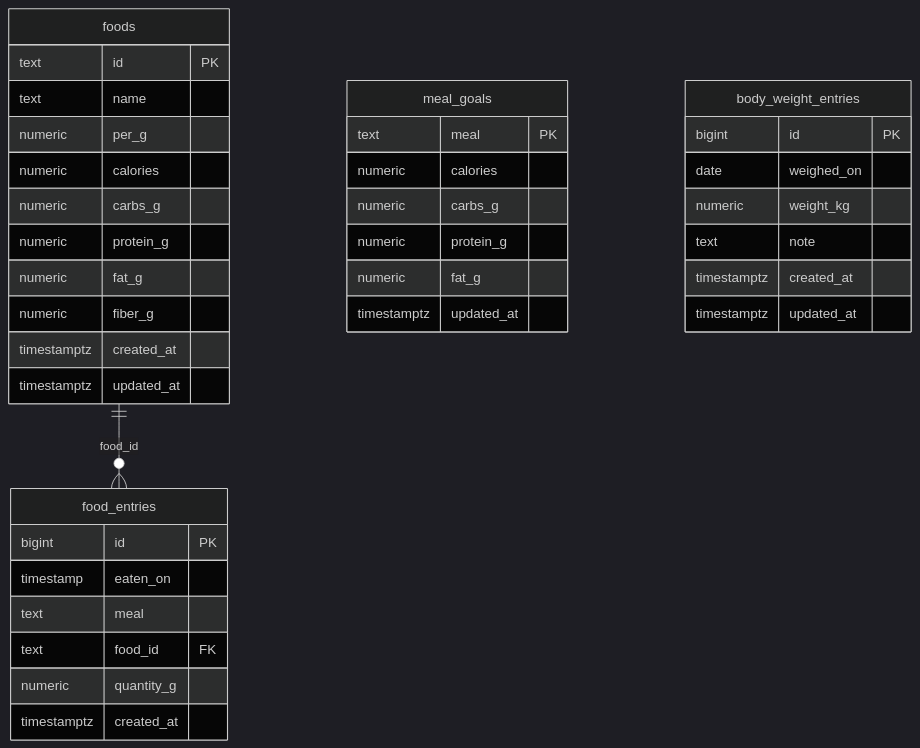
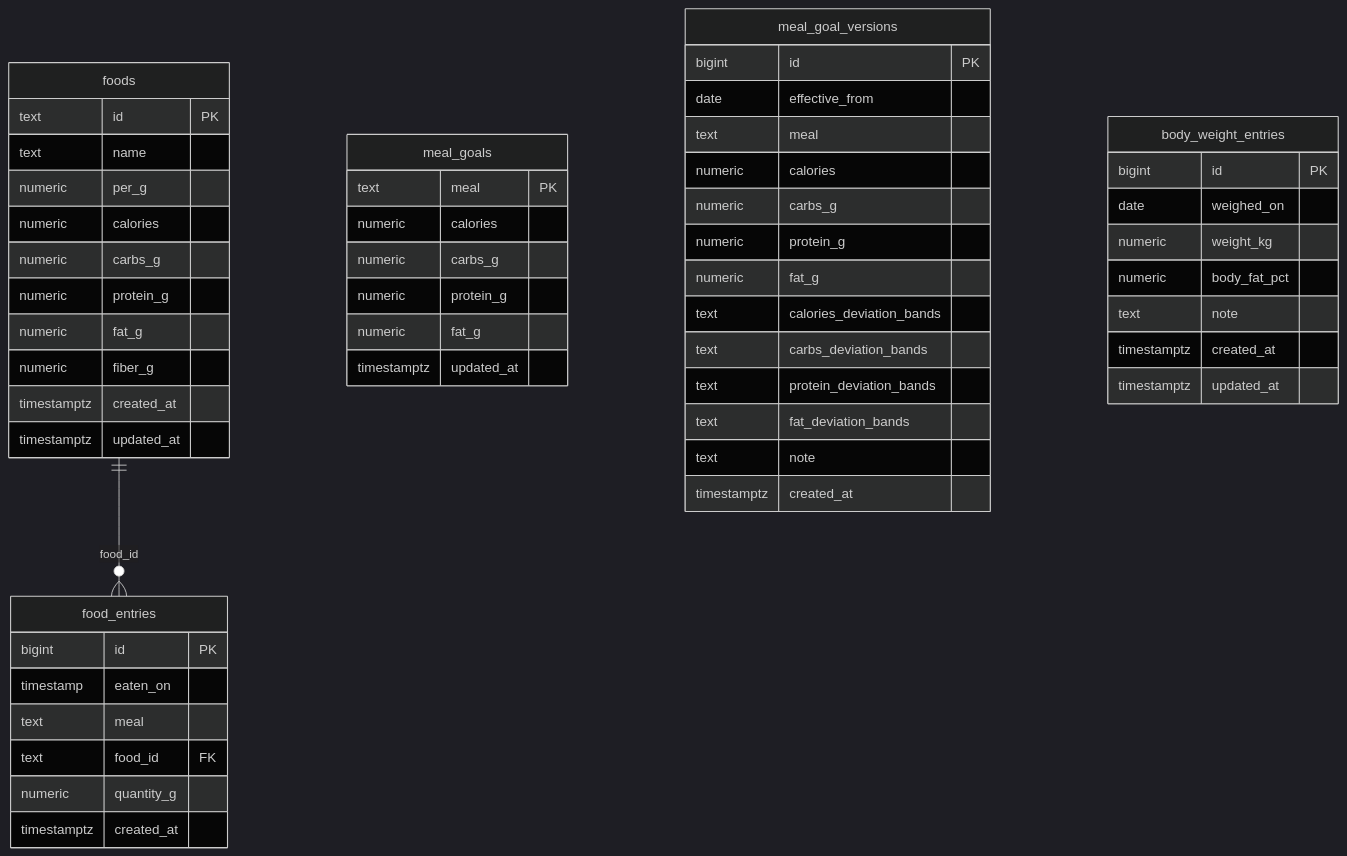
One commit to ocabra/calcunt changed the diagram in calcunt-database-schema.md. Above: the diagram before and after it, drawn with Mermaid (dark theme). The commit also changed other lines of this file and 4 other files, not shown here.

````diff
--- a/calcunt-database-schema.md
+++ b/calcunt-database-schema.md
@@ -9,40 +9,56 @@
 ```mermaid
 erDiagram
     foods ||--o{ food_entries : "food_id"
     foods {
         text id PK
         text name
         numeric per_g
         numeric calories
         numeric carbs_g
         numeric protein_g
         numeric fat_g
         numeric fiber_g
         timestamptz created_at
         timestamptz updated_at
     }
     food_entries {
         bigint id PK
         timestamp eaten_on
         text meal
         text food_id FK
         numeric quantity_g
         timestamptz created_at
     }
     meal_goals {
         text meal PK
         numeric calories
         numeric carbs_g
         numeric protein_g
         numeric fat_g
         timestamptz updated_at
     }
+    meal_goal_versions {
+        bigint id PK
+        date effective_from
+        text meal
+        numeric calories
+        numeric carbs_g
+        numeric protein_g
+        numeric fat_g
+        text calories_deviation_bands
+        text carbs_deviation_bands
+        text protein_deviation_bands
+        text fat_deviation_bands
+        text note
+        timestamptz created_at
+    }
     body_weight_entries {
         bigint id PK
         date weighed_on
         numeric weight_kg
+        numeric body_fat_pct
         text note
         timestamptz created_at
         timestamptz updated_at
     }
 ```
````
